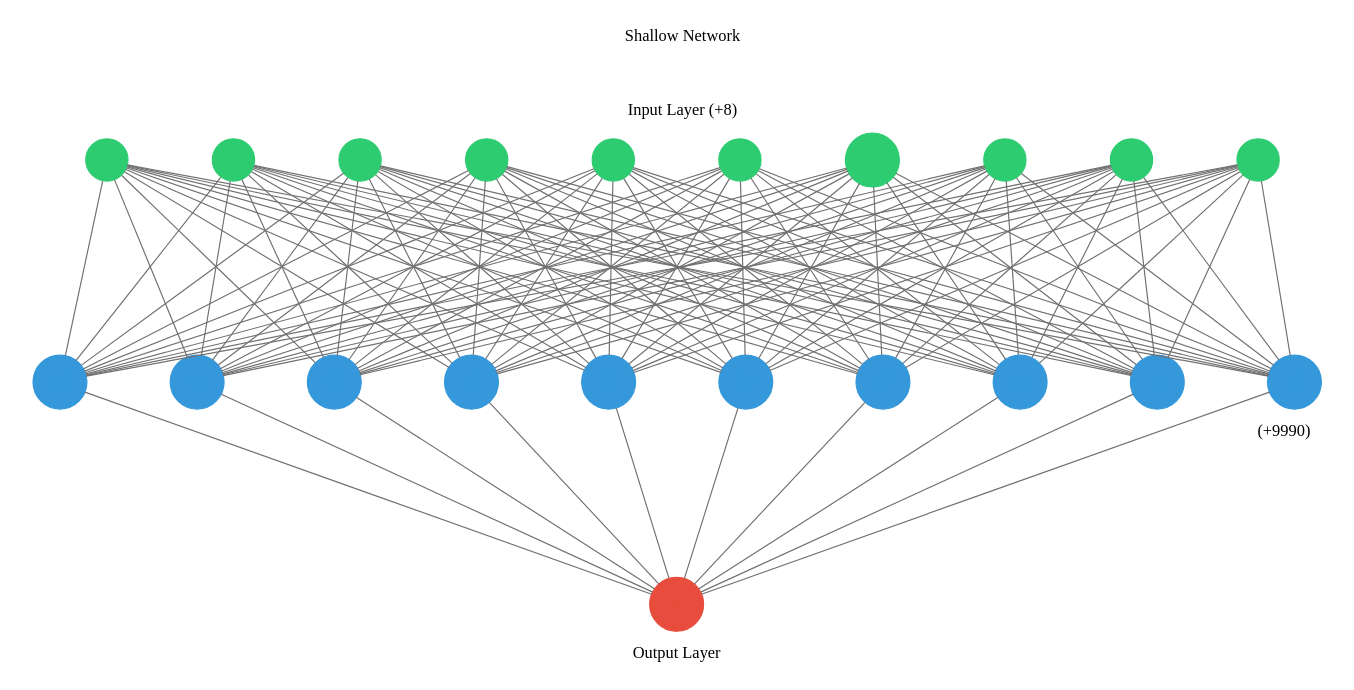
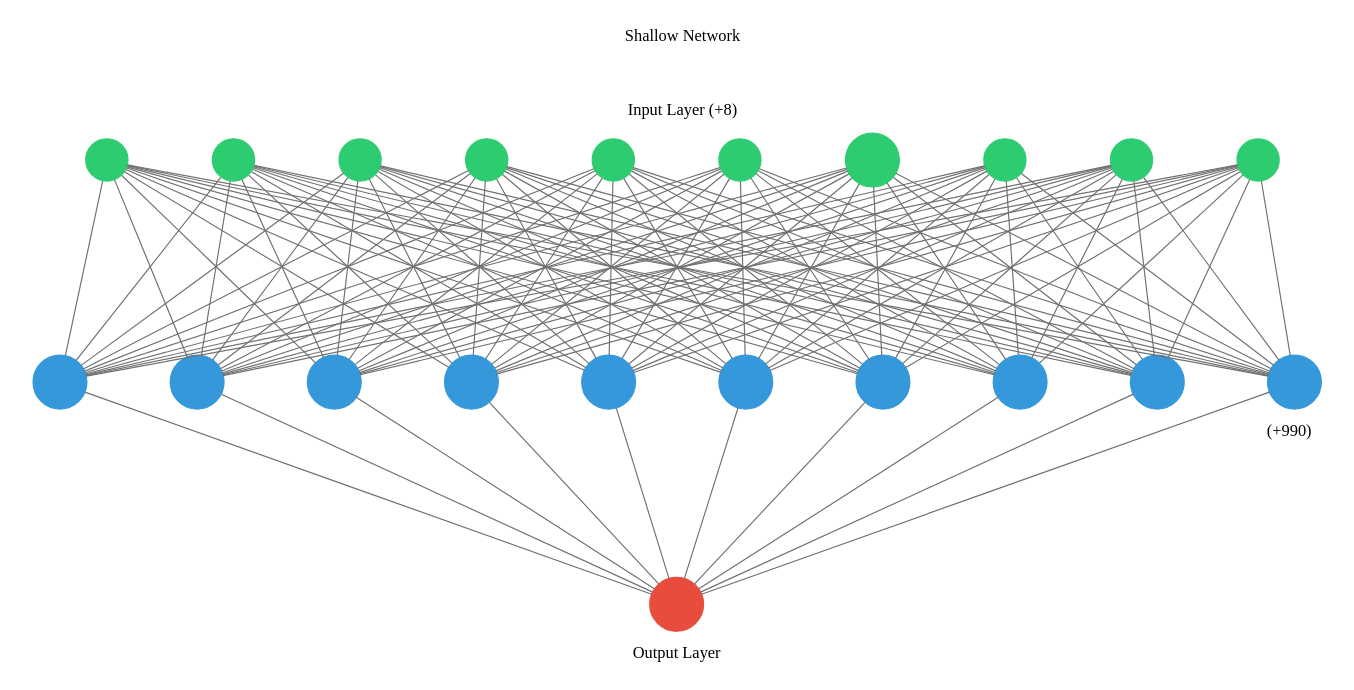
The diagram in network.gv (EugeniaSpedicato/MySw-Comp-), drawn with Graphviz before and after one commit. The commit also changed 4 other files, not shown here.

```diff
--- a/network.gv
+++ b/network.gv
@@ -178,7 +178,7 @@
 	subgraph cluster_1 {
 		color=white
 		rank=same
-		label=" (+9990)" labeljust=right labelloc=b
+		label=" (+990)" labeljust=right labelloc=b
 		11 [color="#3498db" fontcolor="#3498db" shape=circle style=filled]
 		12 [color="#3498db" fontcolor="#3498db" shape=circle style=filled]
 		13 [color="#3498db" fontcolor="#3498db" shape=circle style=filled]
```
